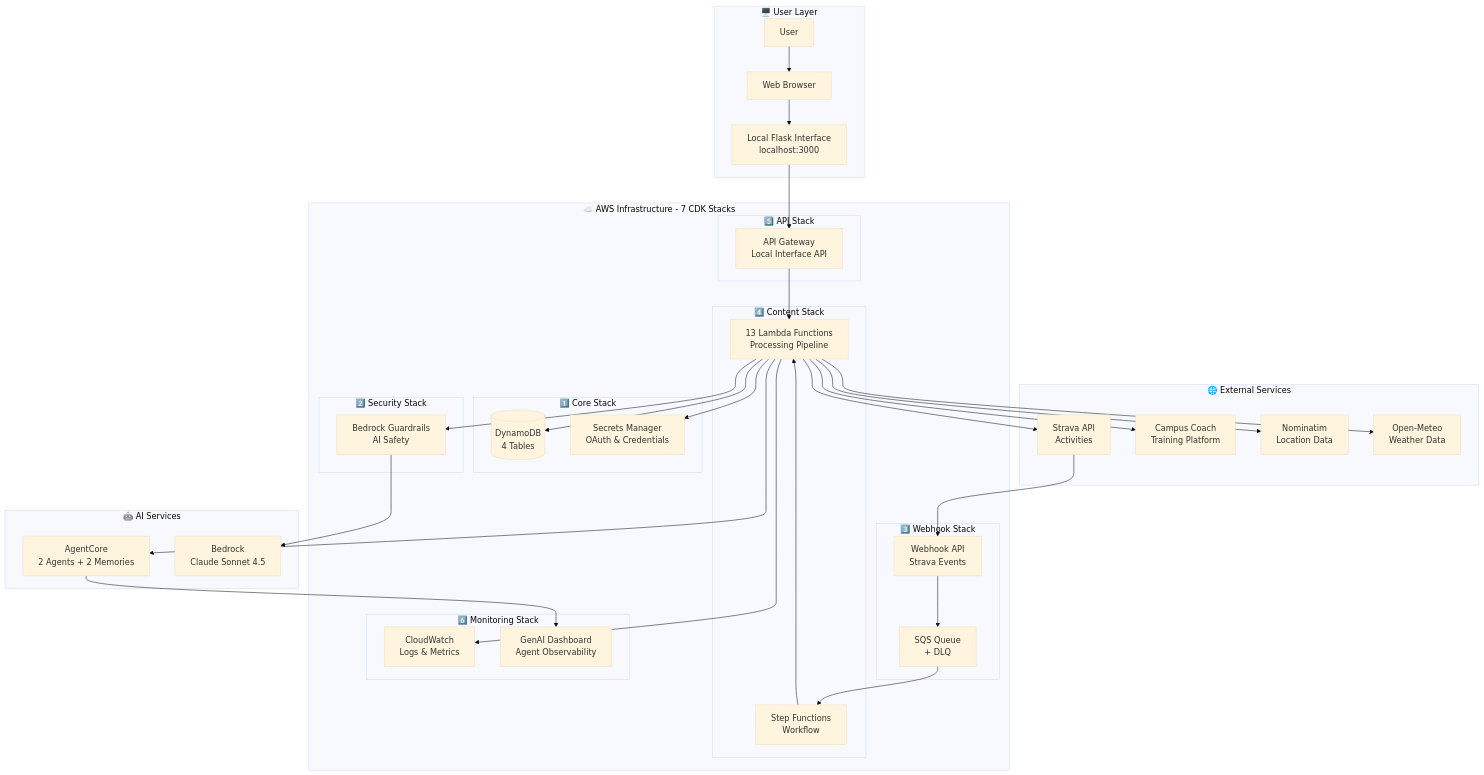
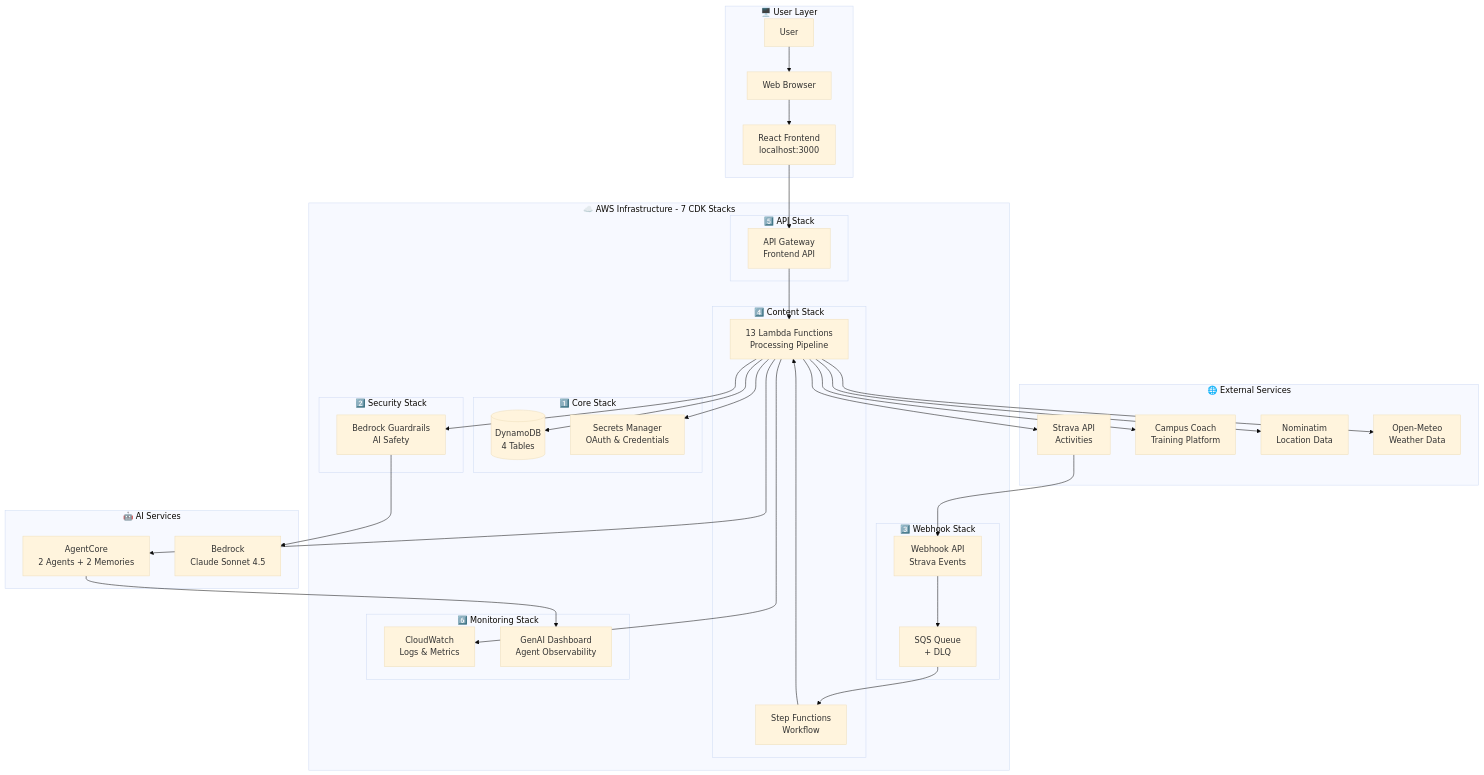
Before and after one commit to el-pedrito/strava-ai-boost: the first of 4 diagrams in README.md, drawn with Mermaid (base theme). The commit also changed other lines of this file and 44 other files, not shown here.

First line of the commit message:
feat: migrate frontend from Flask/Jinja2 to React + Vite + Cloudscape

````diff
--- a/README.md
+++ b/README.md
@@ -192,73 +194,73 @@
 ```mermaid
 graph TB
     subgraph "🖥️ User Layer"
         User[User]
         Browser[Web Browser]
-        LocalUI[Local Flask Interface<br/>localhost:3000]
+        LocalUI[React Frontend<br/>localhost:3000]
     end
     
     subgraph "☁️ AWS Infrastructure - 7 CDK Stacks"
         subgraph "1️⃣ Core Stack"
             DDB[(DynamoDB<br/>4 Tables)]
             Secrets[Secrets Manager<br/>OAuth & Credentials]
         end
         
         subgraph "2️⃣ Security Stack"
             Guardrails[Bedrock Guardrails<br/>AI Safety]
         end
         
         subgraph "3️⃣ Webhook Stack"
             WebhookAPI[Webhook API<br/>Strava Events]
             SQS[SQS Queue<br/>+ DLQ]
         end
         
         subgraph "4️⃣ Content Stack"
             SF[Step Functions<br/>Workflow]
             Lambda13[13 Lambda Functions<br/>Processing Pipeline]
         end
         
         subgraph "5️⃣ API Stack"
-            APIGW[API Gateway<br/>Local Interface API]
+            APIGW[API Gateway<br/>Frontend API]
         end
         
         subgraph "6️⃣ Monitoring Stack"
             CW[CloudWatch<br/>Logs & Metrics]
             GenAI[GenAI Dashboard<br/>Agent Observability]
         end
     end
     
     subgraph "🤖 AI Services"
         AgentCore[AgentCore<br/>2 Agents + 2 Memories]
         Bedrock[Bedrock<br/>Claude Sonnet 4.5]
     end
     
     subgraph "🌐 External Services"
         Strava[Strava API<br/>Activities]
         Campus[Campus Coach<br/>Training Platform]
         Nominatim[Nominatim<br/>Location Data]
         OpenMeteo[Open-Meteo<br/>Weather Data]
     end
     
     User --> Browser
     Browser --> LocalUI
     LocalUI --> APIGW
     APIGW --> Lambda13
     Lambda13 --> DDB
     Lambda13 --> Secrets
     
     Strava --> WebhookAPI
     WebhookAPI --> SQS
     SQS --> SF
     SF --> Lambda13
     
     Lambda13 --> Guardrails
     Guardrails --> Bedrock
     Lambda13 --> AgentCore
     Lambda13 --> Strava
     Lambda13 --> Campus
     Lambda13 --> Nominatim
     Lambda13 --> OpenMeteo
     
     AgentCore --> GenAI
     Lambda13 --> CW
 ```
````
